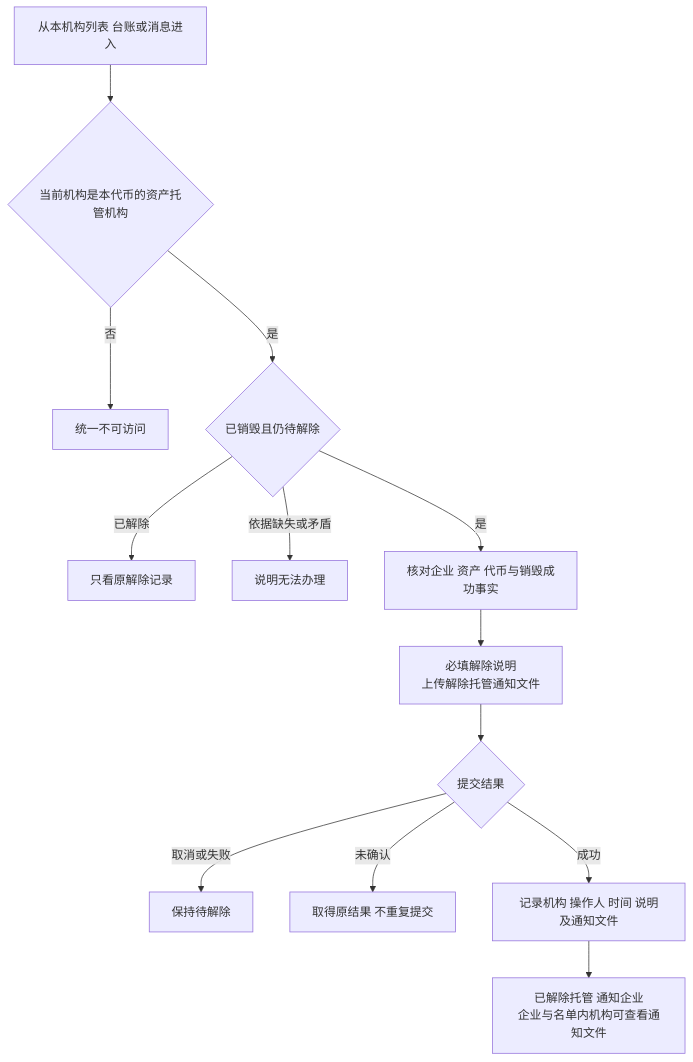
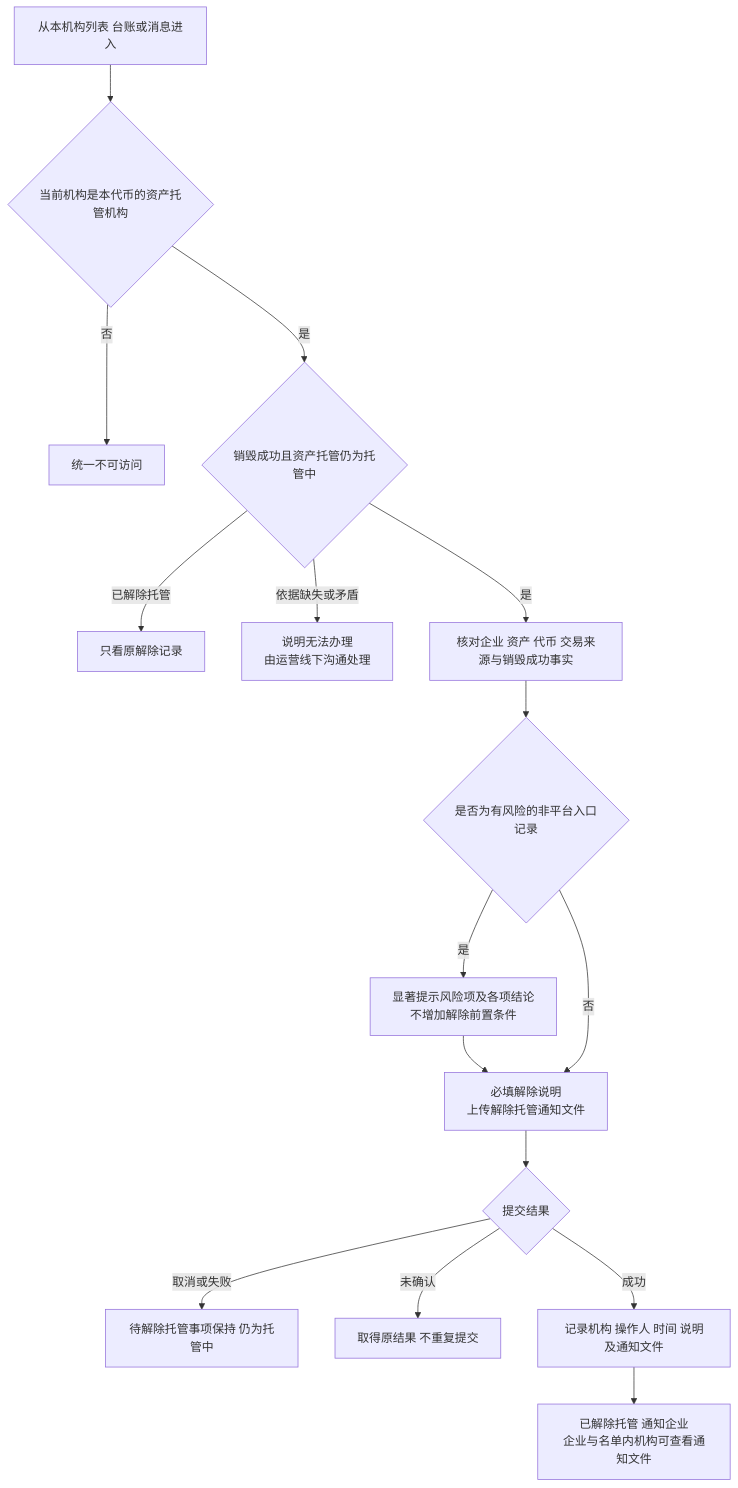
The fourth of 5 diagrams in token-issuance-platform/PRD/管理端/M4b-销毁审核与解除质押/02-销毁审核与解除质押-流程图与状态机.md (wxblockchain/Chain-Financing), drawn with Mermaid before and after one commit. The commit also changed other lines of this file and 35 other files, not shown here.

````diff
--- a/token-issuance-platform/PRD/管理端/M4b-销毁审核与解除质押/02-销毁审核与解除质押-流程图与状态机.md
+++ b/token-issuance-platform/PRD/管理端/M4b-销毁审核与解除质押/02-销毁审核与解除质押-流程图与状态机.md
@@ -77,15 +80,18 @@
 ```mermaid
 flowchart TD
     A[从本机构列表 台账或消息进入] --> B{当前机构是本代币的资产托管机构}
     B -->|否| C[统一不可访问]
-    B -->|是| D{已销毁且仍待解除}
-    D -->|已解除| E[只看原解除记录]
-    D -->|依据缺失或矛盾| F[说明无法办理]
-    D -->|是| G[核对企业 资产 代币与销毁成功事实]
-    G --> H[必填解除说明<br/>上传解除托管通知文件]
+    B -->|是| D{销毁成功且资产托管仍为托管中}
+    D -->|已解除托管| E[只看原解除记录]
+    D -->|依据缺失或矛盾| F[说明无法办理<br/>由运营线下沟通处理]
+    D -->|是| G[核对企业 资产 代币 交易来源与销毁成功事实]
+    G --> G1{是否为有风险的非平台入口记录}
+    G1 -->|是| G2[显著提示风险项及各项结论<br/>不增加解除前置条件]
+    G2 --> H
+    G1 -->|否| H[必填解除说明<br/>上传解除托管通知文件]
     H --> I{提交结果}
-    I -->|取消或失败| J[保持待解除]
+    I -->|取消或失败| J[待解除托管事项保持 仍为托管中]
     I -->|未确认| K[取得原结果 不重复提交]
     I -->|成功| L[记录机构 操作人 时间 说明及通知文件]
     L --> M[已解除托管 通知企业<br/>企业与名单内机构可查看通知文件]
 ```
````
